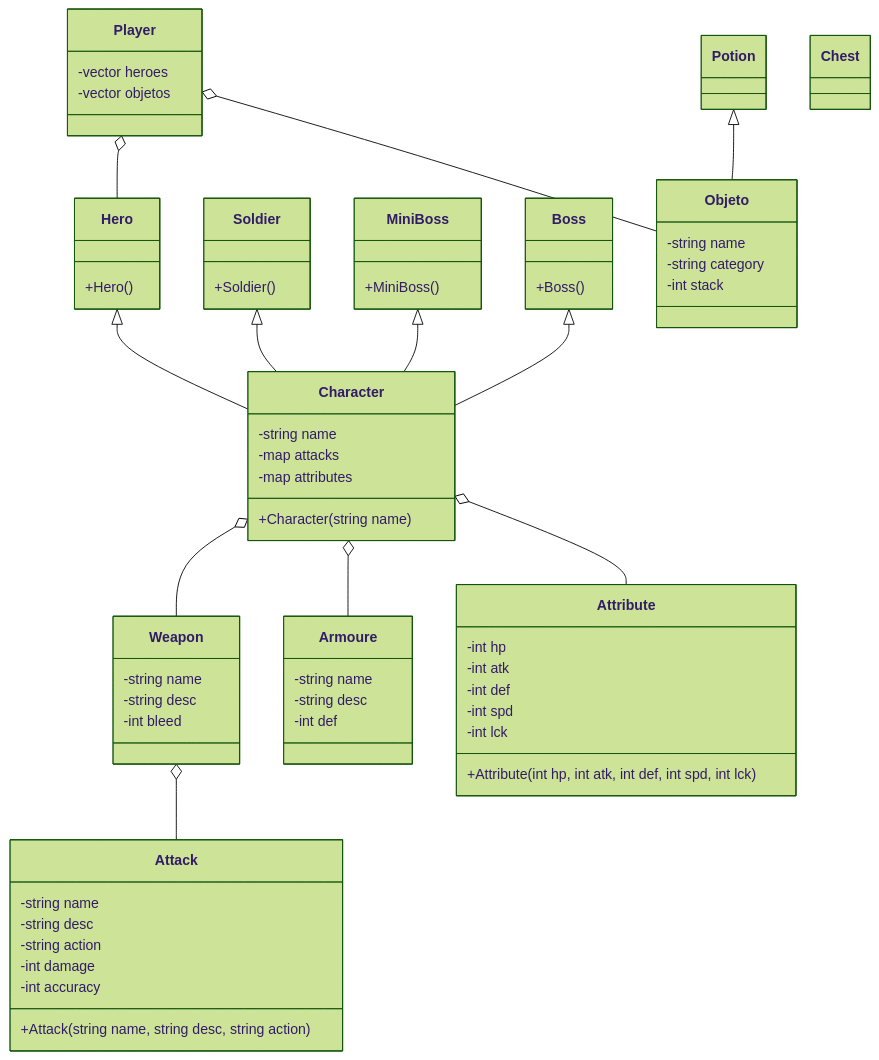
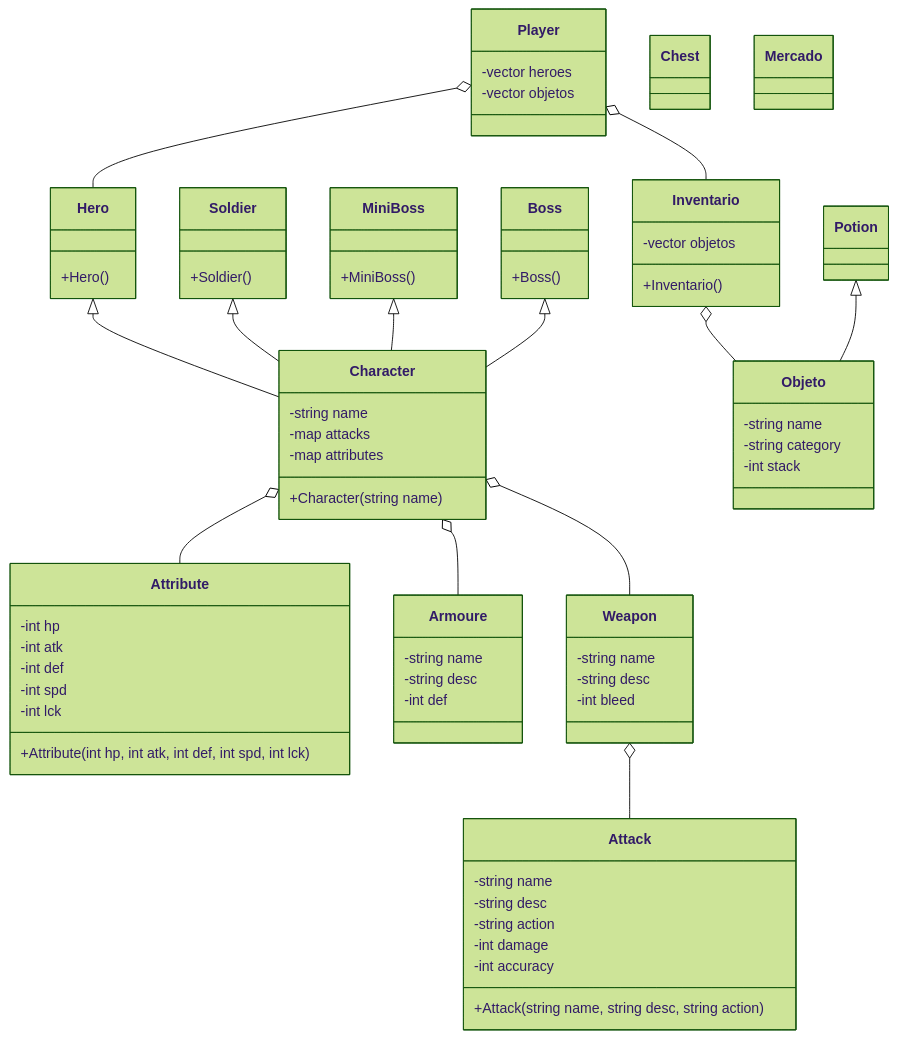
The diagram in Diagrama.md (AlejandroSnap/PROYECTO-POO), drawn with Mermaid (forest theme) before and after one commit.

```diff
--- a/Diagrama.md
+++ b/Diagrama.md
@@ -74,9 +74,19 @@
         
     }
 
+    class Mercado {
+        
+    }
+
+    class Inventario {
+        -vector<Objeto> objetos
+        +Inventario()
+    }
+
+    Inventario o-- Objeto
     Potion <|-- Objeto    
     Player o-- Hero
-    Player o-- Objeto
+    Player o-- Inventario
     Weapon o-- Attack
     Character o-- Weapon
     Character o-- Armoure
```
